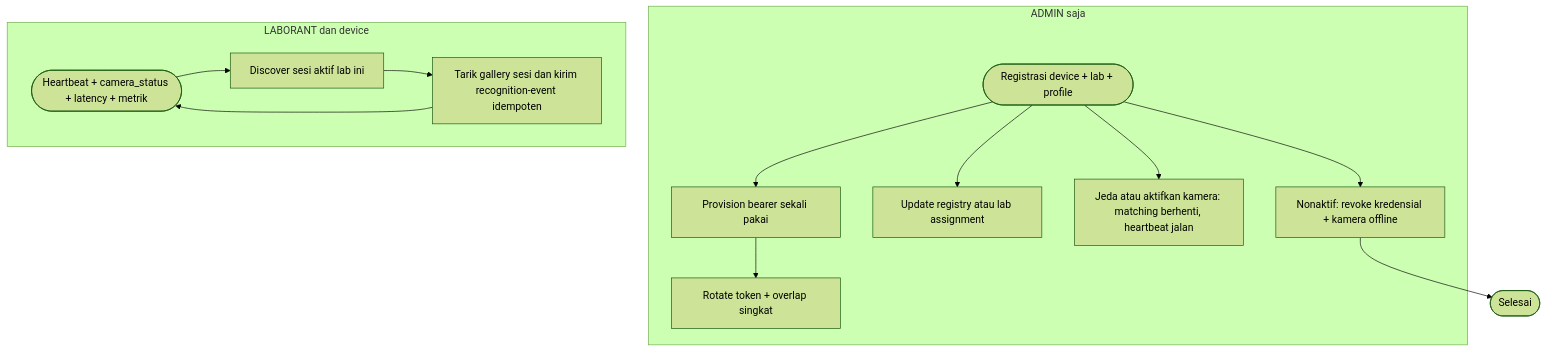
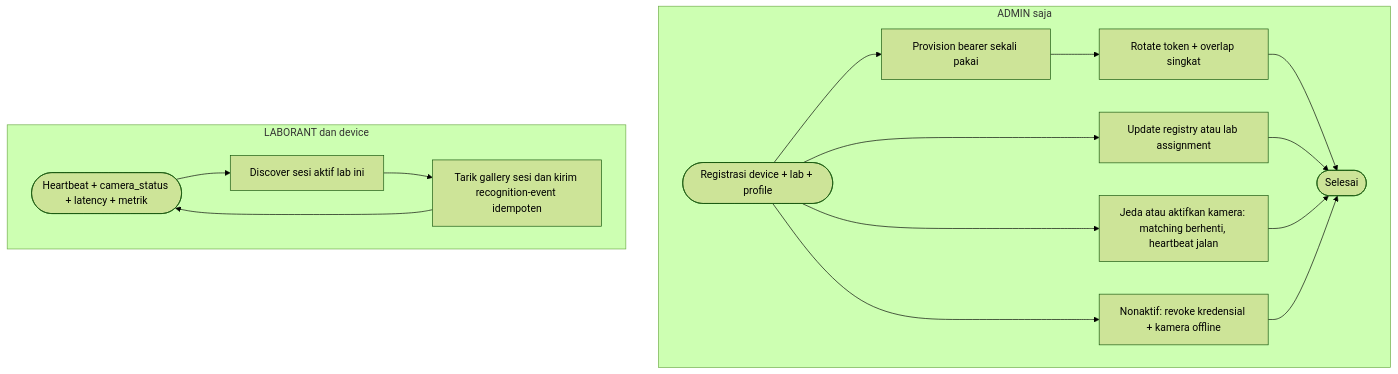
Diagram 11 of 14 in docs/proposal/05-activity.md (mygads/Face-Recognition-Capstone), drawn with Mermaid (forest theme) before and after one commit. The commit also changed other lines of this file and 5 other files, not shown here.

````diff
--- a/docs/proposal/05-activity.md
+++ b/docs/proposal/05-activity.md
@@ -265,16 +273,19 @@
 ```mermaid
 flowchart TD
   subgraph ADM[ADMIN saja]
     A1([Registrasi device + lab + profile]) --> A2[Provision bearer sekali pakai]
     A2 --> A3[Rotate token + overlap singkat]
+    A3 --> E
     A1 --> A4[Update registry atau lab assignment]
+    A4 --> E
     A1 --> A5[Jeda atau aktifkan kamera: matching berhenti, heartbeat jalan]
+    A5 --> E
     A1 --> A6[Nonaktif: revoke kredensial + kamera offline]
   end
   subgraph OPS[LABORANT dan device]
     B1([Heartbeat + camera_status + latency + metrik]) --> B2[Discover sesi aktif lab ini]
     B2 --> B3[Tarik gallery sesi dan kirim recognition-event idempoten]
     B3 --> B1
   end
   A6 --> E([Selesai])
 ```
````
